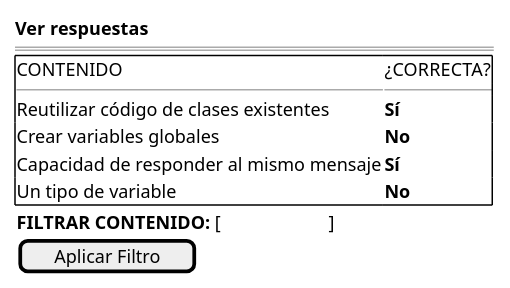
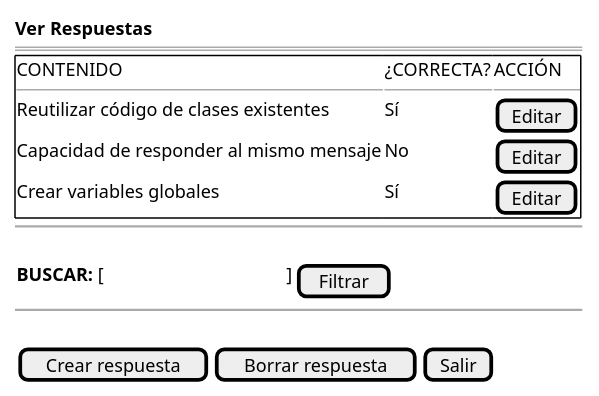
Before and after one commit to martinlopez7/25-26-IdSw1-SdR: the diagram in documents/casos-de-uso/prototipadoCasosDeUso/verRespuestas/verRespuestas.puml, drawn with PlantUML. The commit also changed 9 other files, not shown here.

Commit message:
feat(cu): añade prototipo de editarRespuesta() y corrige sintaxis en verRespuesta() y completarGestion() [refs #82]

```diff
--- a/documents/casos-de-uso/prototipadoCasosDeUso/verRespuestas/verRespuestas.puml
+++ b/documents/casos-de-uso/prototipadoCasosDeUso/verRespuestas/verRespuestas.puml
@@ -1,21 +1,19 @@
-@startsalt
-
-{
-    <b>Ver respuestas</b>
-    ===
-    
-    {+ CONTENIDO                             |  ¿CORRECTA?  
-      ---------------------------------------|---------------
-     Reutilizar código de clases existentes  | **Sí**    
-     Crear variables globales                | **No**    
-     Capacidad de responder al mismo mensaje | **Sí**    
-     Un tipo de variable                     | **No**    
-    }
-    
-    {
-        <b>FILTRAR CONTENIDO:</b> [                       ] 
-        [Aplicar Filtro]
-    }
+@startsalt abrirProfesores-wireframe
+{ 
+<b>Ver Respuestas</b>  
+===
+{+  CONTENIDO| ¿CORRECTA?| ACCIÓN
+  --|--|--
+  Reutilizar código de clases existentes | Sí| [Editar]
+  Capacidad de responder al mismo mensaje | No | [Editar]  
+  Crear variables globales | Sí | [Editar]
+  }
+  ~~
+  .
+  {<b>BUSCAR:</b> [                                       ] | [Filtrar]}
+  ~~
+  .
+  {[Crear respuesta] | [Borrar respuesta] | [Salir]}
 }
 
 @endsalt
```
